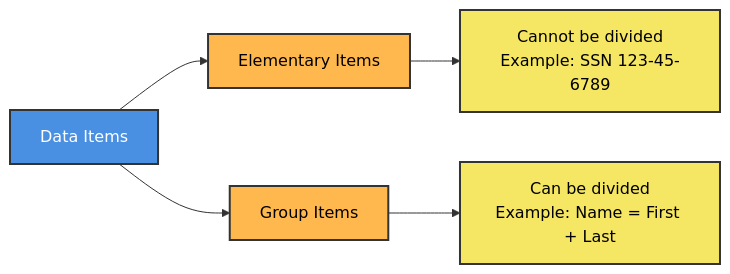
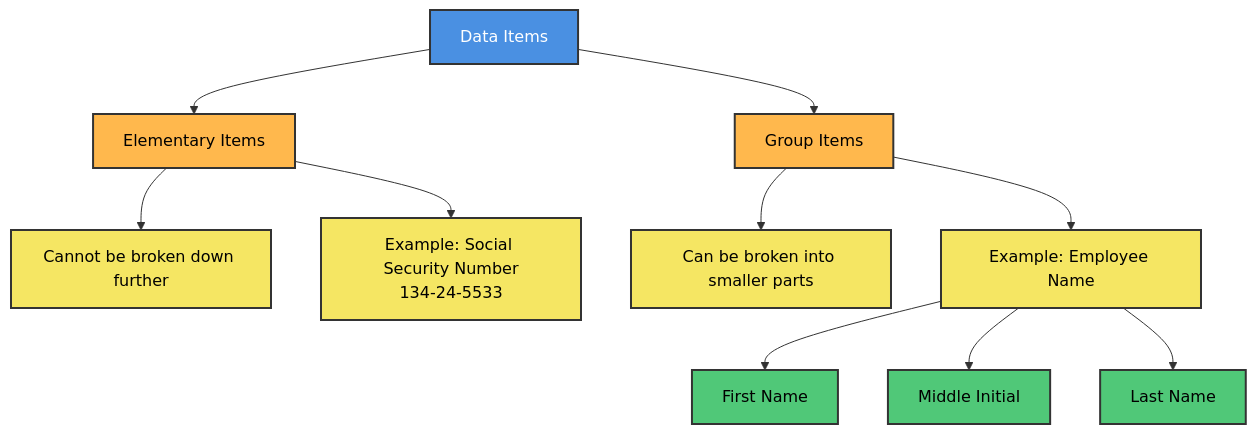
Before and after one commit to M-F-Tushar/CSE-2101-Data-Structure: the second of 29 diagrams in Chapter 1 - Introduction and Overview/README.md, drawn with Mermaid. The commit also changed other lines of this file, not shown here.

````diff
--- a/Chapter 1 - Introduction and Overview/README.md
+++ b/Chapter 1 - Introduction and Overview/README.md
@@ -67,14 +51,25 @@
 ```mermaid
-graph LR
+graph TD
     A["Data Items"] --> B["Elementary Items"]
     A --> C["Group Items"]
     
-    B --> D["Cannot be divided<br/>Example: SSN 123-45-6789"]
-    C --> E["Can be divided<br/>Example: Name = First + Last"]
+    B --> D["Cannot be broken down further"]
+    B --> E["Example: Social Security Number<br/>134-24-5533"]
+    
+    C --> F["Can be broken into smaller parts"]
+    C --> G["Example: Employee Name"]
+    G --> H["First Name"]
+    G --> I["Middle Initial"]
+    G --> J["Last Name"]
     
     style A fill:#4A90E2,stroke:#333,stroke-width:2px,color:#fff
     style B fill:#FFB84D,stroke:#333,stroke-width:2px,color:#000
     style C fill:#FFB84D,stroke:#333,stroke-width:2px,color:#000
     style D fill:#F5E663,stroke:#333,stroke-width:2px,color:#000
     style E fill:#F5E663,stroke:#333,stroke-width:2px,color:#000
+    style F fill:#F5E663,stroke:#333,stroke-width:2px,color:#000
+    style G fill:#F5E663,stroke:#333,stroke-width:2px,color:#000
+    style H fill:#50C878,stroke:#333,stroke-width:2px,color:#000
+    style I fill:#50C878,stroke:#333,stroke-width:2px,color:#000
+    style J fill:#50C878,stroke:#333,stroke-width:2px,color:#000
 ```
````
